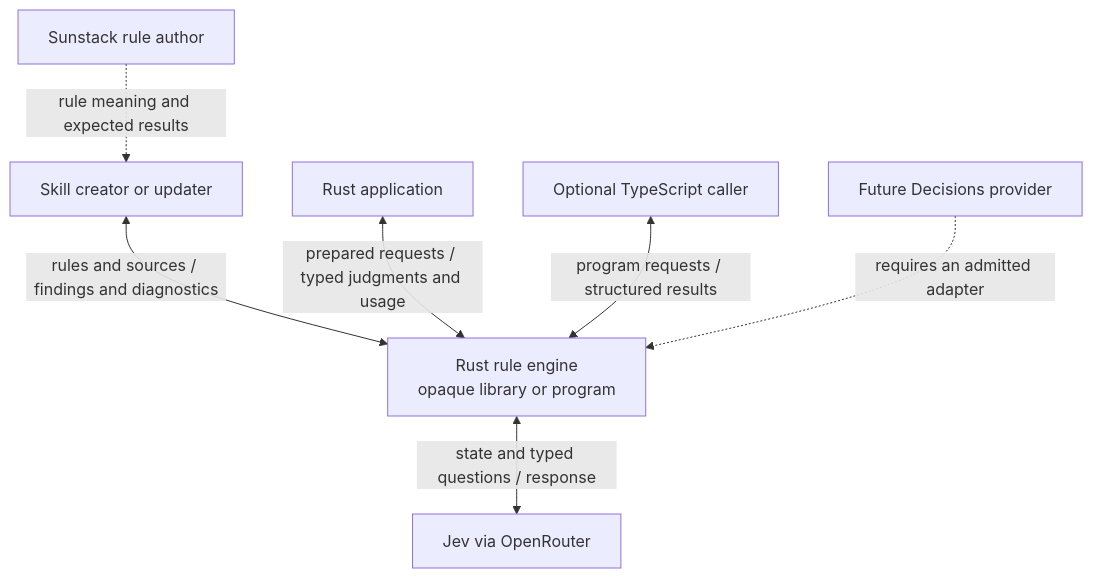
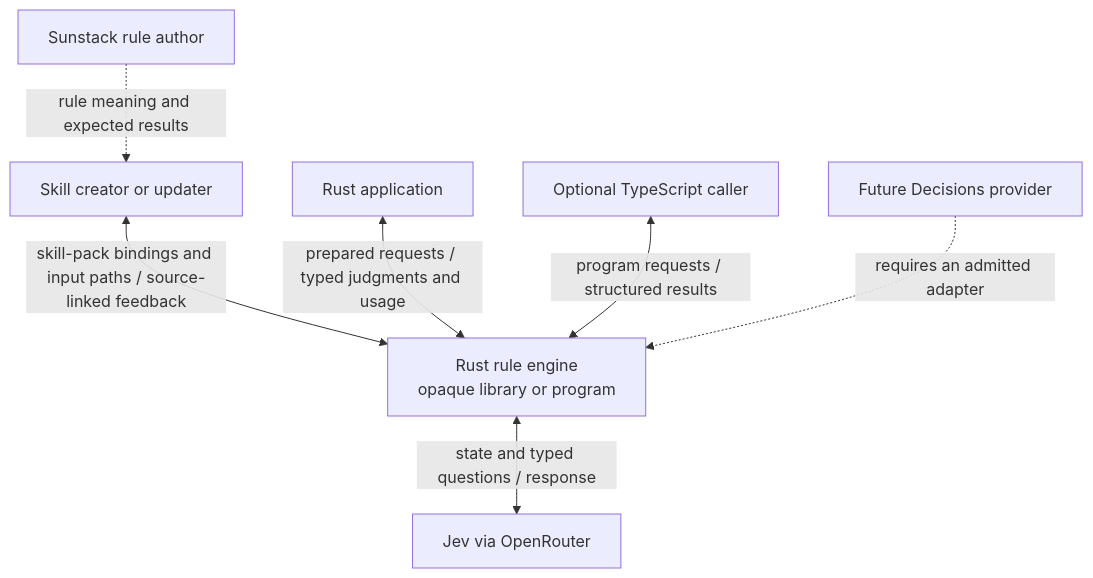
The diagram in docs/specs/2026-10-12-rust-rule-engine/assets/specification-context.mmd (ShravanSunder/sunstack-tools), drawn with Mermaid before and after one commit. The commit also changed 12 other files, not shown here.

Commit message:
docs: refine skill pack composition and decision contracts

```diff
--- a/docs/specs/2026-10-12-rust-rule-engine/assets/specification-context.mmd
+++ b/docs/specs/2026-10-12-rust-rule-engine/assets/specification-context.mmd
@@ -1,7 +1,7 @@
 flowchart TB
-  A["Skill creator or updater"] <-->|"rules and sources / findings and diagnostics"| E["Rust rule engine<br/>opaque library or program"]
+  A["Skill creator or updater"] <-->|"skill-pack bindings and input paths / source-linked feedback"| E["Rust rule engine<br/>opaque library or program"]
   R["Rust application"] <-->|"prepared requests / typed judgments and usage"| E
   T["Optional TypeScript caller"] <-->|"program requests / structured results"| E
   E <-->|"state and typed questions / response"| J["Jev via OpenRouter"]
   S["Sunstack rule author"] -.->|"rule meaning and expected results"| A
   F["Future Decisions provider"] -.->|"requires an admitted adapter"| E
```
